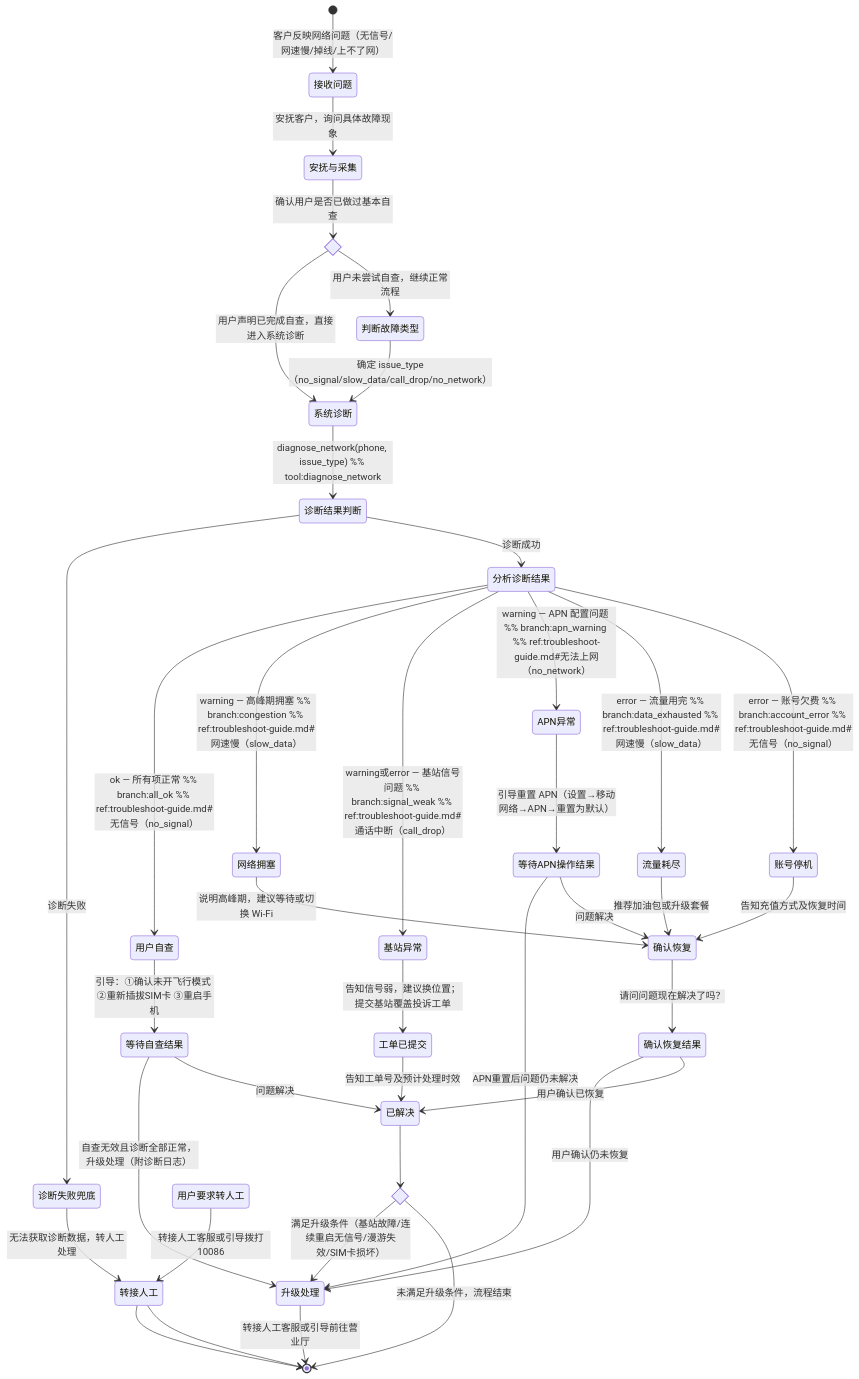
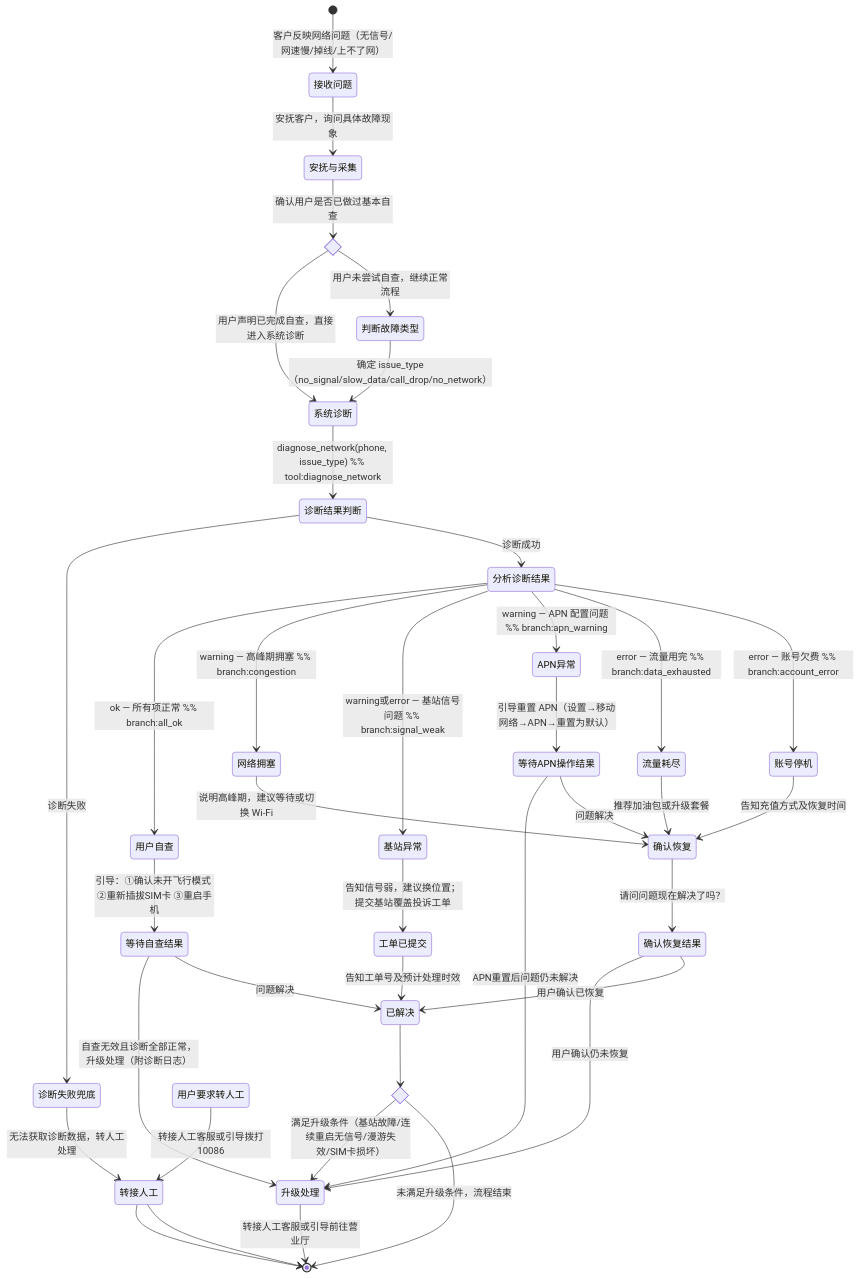
One commit to cacling/ai-bot changed the diagram in backend/skills/biz-skills/fault-diagnosis/SKILL.md. Above: the diagram before and after it, drawn with Mermaid. The commit also changed other lines of this file and 7 other files, not shown here.

First line of the commit message:
Simplify diagram highlighting to progressHL only and improve SKILL state machine

````diff
--- a/backend/skills/biz-skills/fault-diagnosis/SKILL.md
+++ b/backend/skills/biz-skills/fault-diagnosis/SKILL.md
@@ -43,59 +123,59 @@
 ```mermaid
 stateDiagram-v2
     [*] --> 接收问题: 客户反映网络问题（无信号/网速慢/掉线/上不了网）
     接收问题 --> 安抚与采集: 安抚客户，询问具体故障现象
 
     state 已尝试自查 <<choice>>
     安抚与采集 --> 已尝试自查: 确认用户是否已做过基本自查
     已尝试自查 --> 判断故障类型: 用户未尝试自查，继续正常流程
     已尝试自查 --> 系统诊断: 用户声明已完成自查，直接进入系统诊断
 
     判断故障类型 --> 系统诊断: 确定 issue_type（no_signal/slow_data/call_drop/no_network）
     系统诊断 --> 诊断结果判断: diagnose_network(phone, issue_type) %% tool:diagnose_network
 
     state 诊断结果判断 <<choice>>
     诊断结果判断 --> 分析诊断结果: 诊断成功
     诊断结果判断 --> 诊断失败兜底: 诊断失败
 
     诊断失败兜底 --> 转接人工: 无法获取诊断数据，转人工处理
     转接人工 --> [*]
 
     state 分析诊断结果 <<choice>>
-    分析诊断结果 --> 账号停机: error — 账号欠费 %% branch:account_error %% ref:troubleshoot-guide.md#无信号（no_signal）
-    分析诊断结果 --> 流量耗尽: error — 流量用完 %% branch:data_exhausted %% ref:troubleshoot-guide.md#网速慢（slow_data）
-    分析诊断结果 --> APN异常: warning — APN 配置问题 %% branch:apn_warning %% ref:troubleshoot-guide.md#无法上网（no_network）
-    分析诊断结果 --> 基站异常: warning或error — 基站信号问题 %% branch:signal_weak %% ref:troubleshoot-guide.md#通话中断（call_drop）
-    分析诊断结果 --> 网络拥塞: warning — 高峰期拥塞 %% branch:congestion %% ref:troubleshoot-guide.md#网速慢（slow_data）
-    分析诊断结果 --> 用户自查: ok — 所有项正常 %% branch:all_ok %% ref:troubleshoot-guide.md#无信号（no_signal）
+    分析诊断结果 --> 账号停机: error — 账号欠费 %% branch:account_error
+    分析诊断结果 --> 流量耗尽: error — 流量用完 %% branch:data_exhausted
+    分析诊断结果 --> APN异常: warning — APN 配置问题 %% branch:apn_warning
+    分析诊断结果 --> 基站异常: warning或error — 基站信号问题 %% branch:signal_weak
+    分析诊断结果 --> 网络拥塞: warning — 高峰期拥塞 %% branch:congestion
+    分析诊断结果 --> 用户自查: ok — 所有项正常 %% branch:all_ok
 
     账号停机 --> 确认恢复: 告知充值方式及恢复时间
     流量耗尽 --> 确认恢复: 推荐加油包或升级套餐
     网络拥塞 --> 确认恢复: 说明高峰期，建议等待或切换 Wi-Fi
 
     APN异常 --> 等待APN操作结果: 引导重置 APN（设置→移动网络→APN→重置为默认）
     state 等待APN操作结果 <<choice>>
     等待APN操作结果 --> 确认恢复: 问题解决
     等待APN操作结果 --> 升级处理: APN重置后问题仍未解决
 
     基站异常 --> 工单已提交: 告知信号弱，建议换位置；提交基站覆盖投诉工单
     工单已提交 --> 已解决: 告知工单号及预计处理时效
 
     确认恢复 --> 确认恢复结果: 请问问题现在解决了吗？
     state 确认恢复结果 <<choice>>
     确认恢复结果 --> 已解决: 用户确认已恢复
     确认恢复结果 --> 升级处理: 用户确认仍未恢复
 
     用户自查 --> 等待自查结果: 引导：①确认未开飞行模式 ②重新插拔SIM卡 ③重启手机
     state 等待自查结果 <<choice>>
     等待自查结果 --> 已解决: 问题解决
     等待自查结果 --> 升级处理: 自查无效且诊断全部正常，升级处理（附诊断日志）
 
     state 升级判断 <<choice>>
     已解决 --> 升级判断
     升级判断 --> [*]: 未满足升级条件，流程结束
     升级判断 --> 升级处理: 满足升级条件（基站故障/连续重启无信号/漫游失效/SIM卡损坏）
     升级处理 --> [*]: 转接人工客服或引导前往营业厅
 
     用户要求转人工 --> 转接人工: 转接人工客服或引导拨打10086
     转接人工 --> [*]
 ```
````
